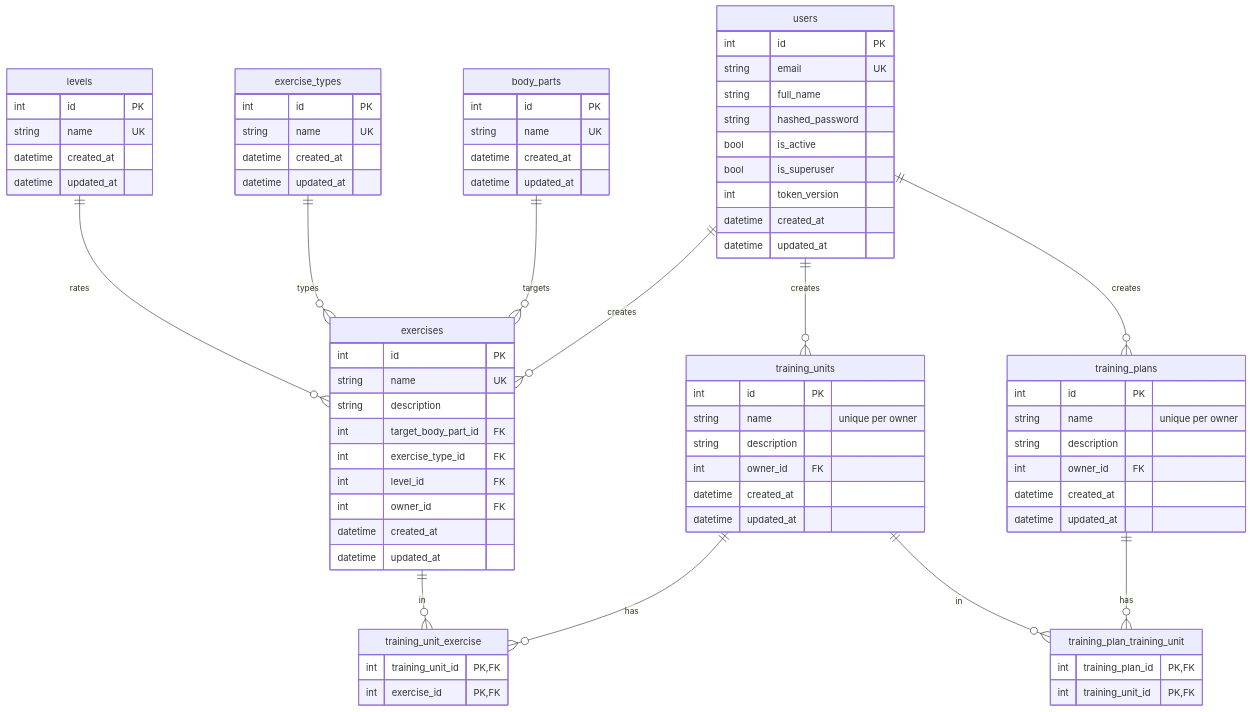
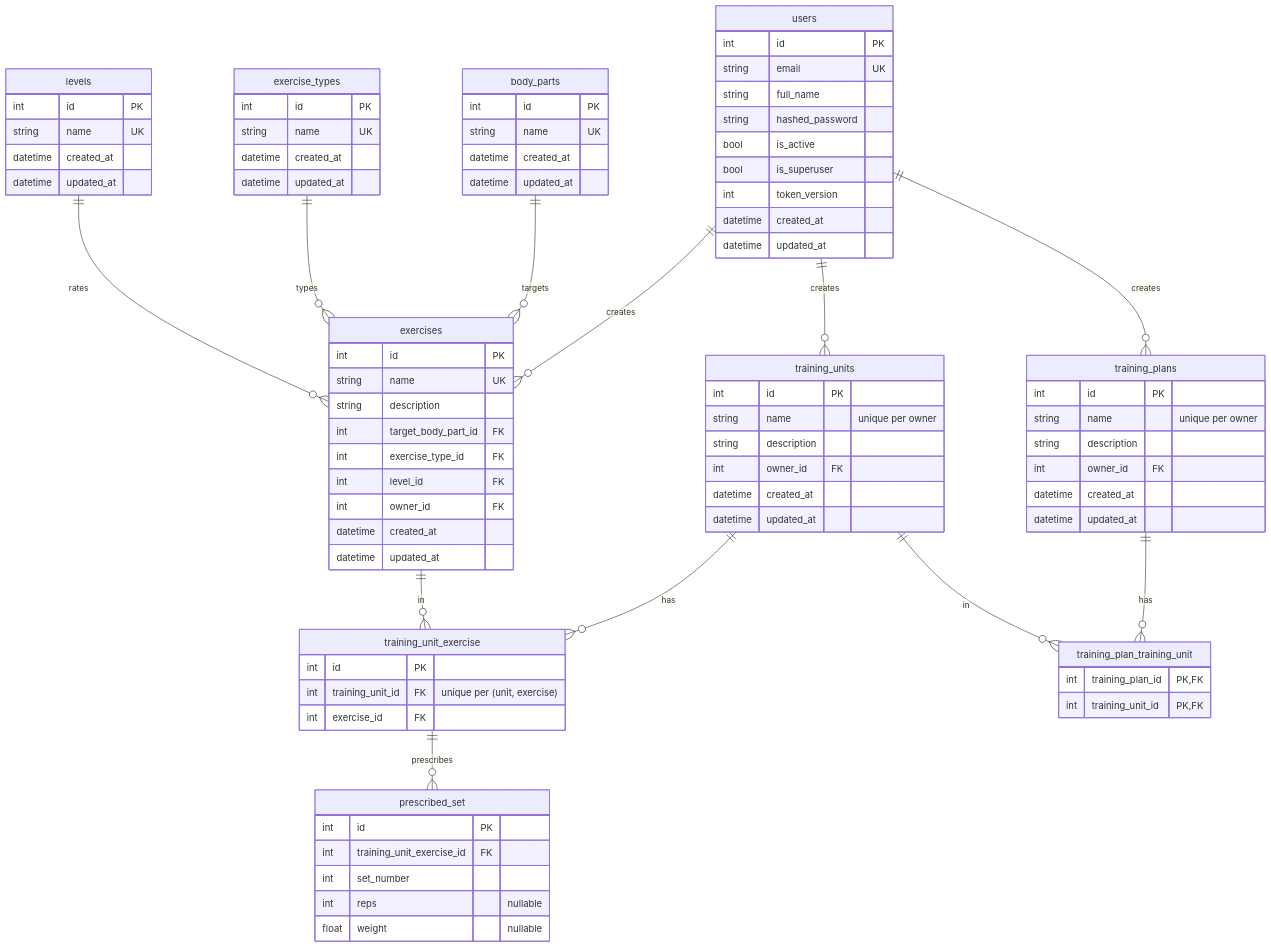
Before and after one commit to JakubPluta/gymhero: the diagram in README.md, drawn with Mermaid. The commit also changed other lines of this file and 20 other files, not shown here.

```diff
--- a/README.md
+++ b/README.md
@@ -39,6 +39,7 @@
 
     training_units ||--o{ training_unit_exercise      : has
     exercises      ||--o{ training_unit_exercise      : in
+    training_unit_exercise ||--o{ prescribed_set      : prescribes
 
     training_plans ||--o{ training_plan_training_unit : has
     training_units ||--o{ training_plan_training_unit : in
@@ -100,8 +101,16 @@
         datetime updated_at
     }
     training_unit_exercise {
-        int training_unit_id PK, FK
-        int exercise_id      PK, FK
+        int id               PK
+        int training_unit_id FK "unique per (unit, exercise)"
+        int exercise_id      FK
+    }
+    prescribed_set {
+        int   id                        PK
+        int   training_unit_exercise_id FK
+        int   set_number
+        int   reps                      "nullable"
+        float weight                    "nullable"
     }
     training_plan_training_unit {
         int training_plan_id PK, FK
```
